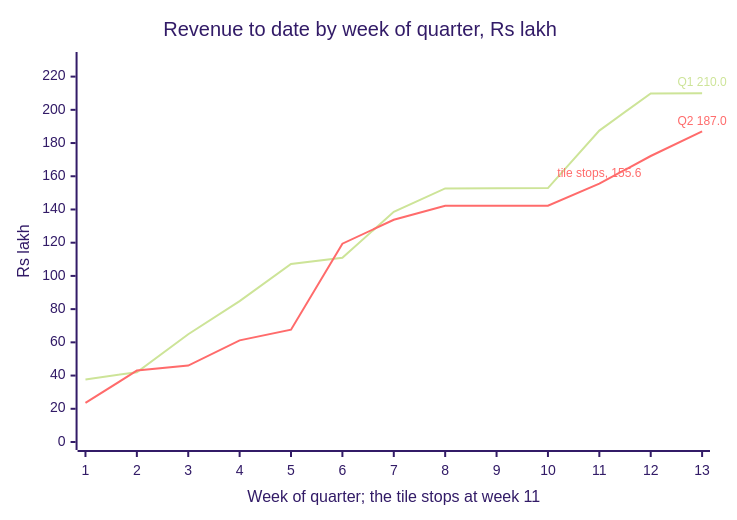
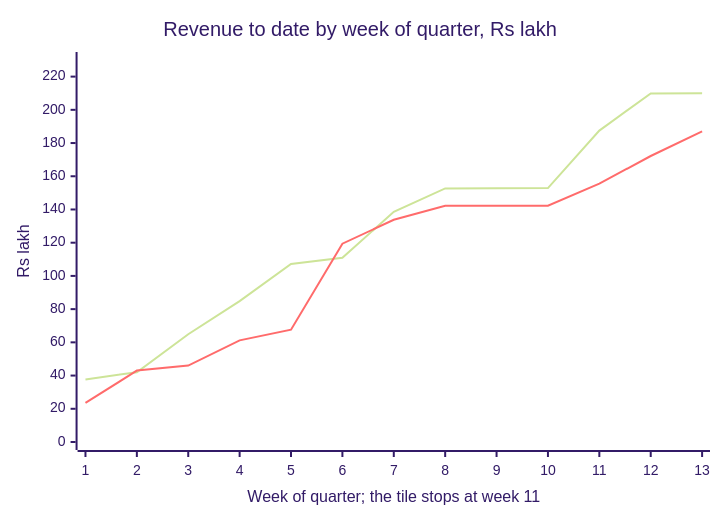
Before and after one commit to fde-academy-lab/c2-content-factory: the tenth of 34 diagrams in content/W01/D2/slides/C2_W01_D02_half1_STUDENT.md, drawn with Mermaid (forest theme). The commit also changed other lines of this file and 4 other files, not shown here.

````diff
--- a/content/W01/D2/slides/C2_W01_D02_half1_STUDENT.md
+++ b/content/W01/D2/slides/C2_W01_D02_half1_STUDENT.md
@@ -440,9 +442,9 @@
 ```mermaid
 %%{init: {"xyChart": {"showLegend": true}}}%%
 xychart-beta
     title "Revenue to date by week of quarter, Rs lakh"
     x-axis "Week of quarter; the tile stops at week 11" [1, 2, 3, 4, 5, 6, 7, 8, 9, 10, 11, 12, 13]
     y-axis "Rs lakh" 0 --> 230
-    line "Q1" [37.7, 42.0, 64.9, 84.8, 107.2, 110.9, 138.6, 152.7, 152.8, 152.9, 187.5, 209.9, 210.0 "Q1 210.0"]
-    line "Q2" [23.5, 43.0, 46.0, 61.2, 67.6, 119.4, 133.8, 142.2, 142.3, 142.3, 155.6 "tile stops, 155.6", 172.2, 187.0 "Q2 187.0"]
+    line "Q1" [37.7, 42.0, 64.9, 84.8, 107.2, 110.9, 138.6, 152.7, 152.8, 152.9, 187.5, 209.9, 210.0]
+    line "Q2" [23.5, 43.0, 46.0, 61.2, 67.6, 119.4, 133.8, 142.2, 142.3, 142.3, 155.6, 172.2, 187.0]
 ```
````
